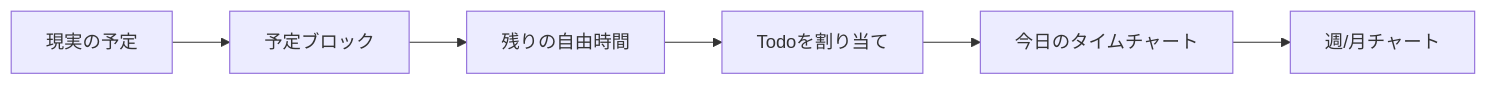
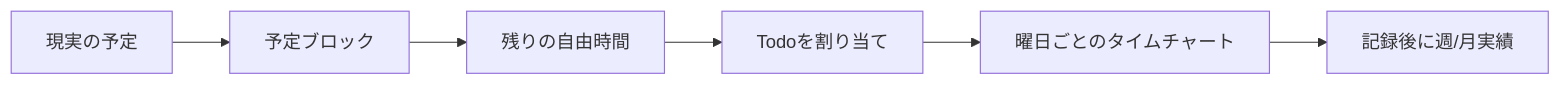
The fifth of 6 diagrams in .explainApp/use-cases.md (kum4san5/gemini_diary), drawn with Mermaid before and after one commit. The commit also changed other lines of this file and 6 other files, not shown here.

````diff
--- a/.explainApp/use-cases.md
+++ b/.explainApp/use-cases.md
@@ -104,8 +104,8 @@
 ```mermaid
 flowchart LR
     A[現実の予定] --> B[予定ブロック]
     B --> C[残りの自由時間]
     C --> D[Todoを割り当て]
-    D --> E[今日のタイムチャート]
-    E --> F[週/月チャート]
+    D --> E[曜日ごとのタイムチャート]
+    E --> F[記録後に週/月実績]
 ```
````
